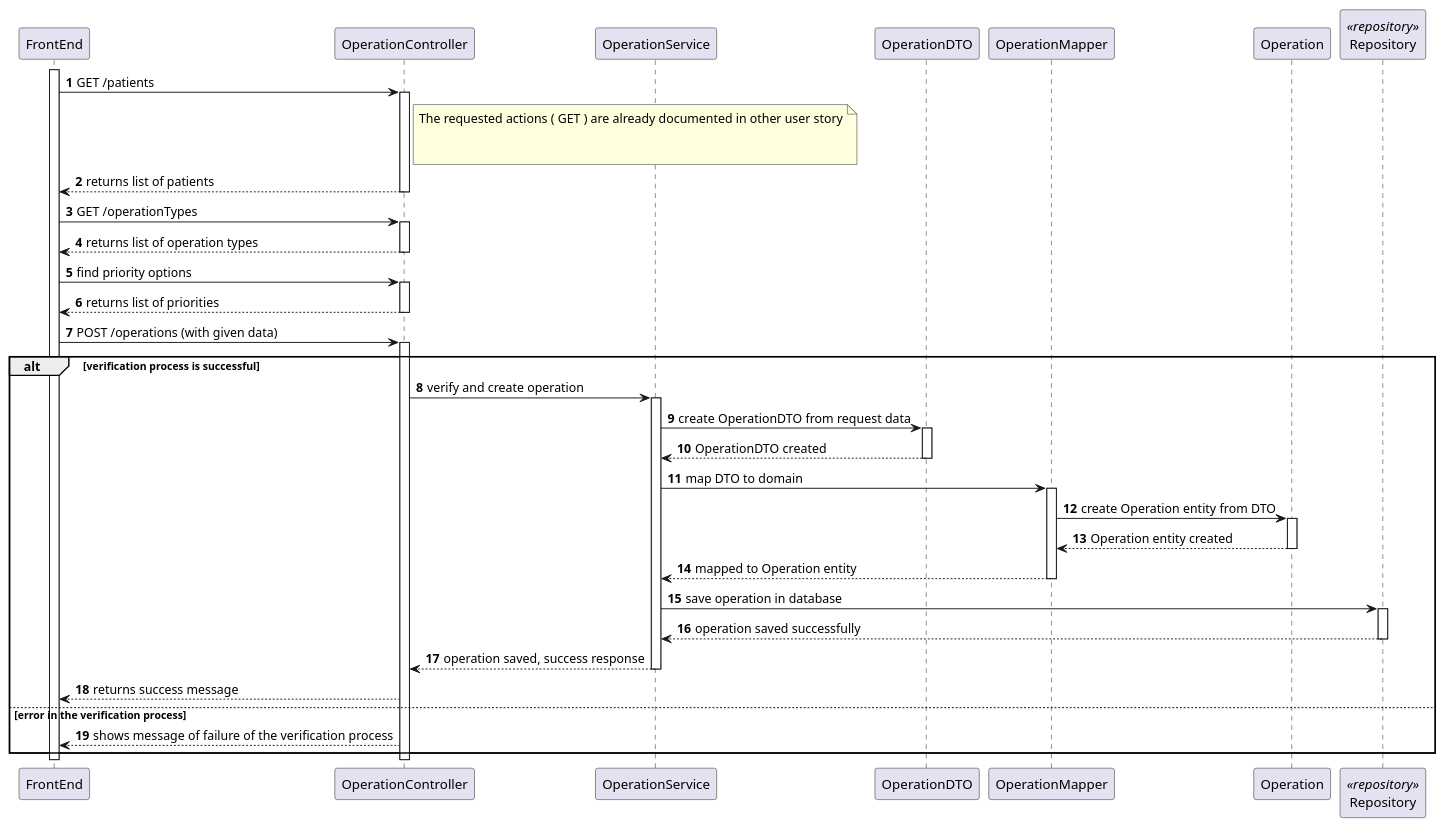
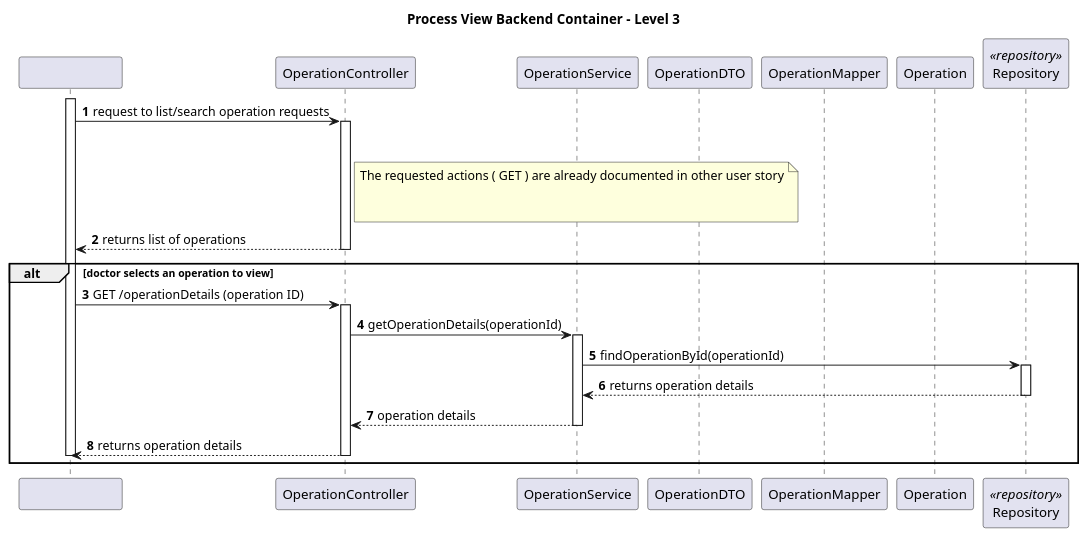
Before and after one commit to Saquinho74/LAPR5: the diagram in Docs/SprintA/US19/level3/process_view.puml, drawn with PlantUML. The commit also changed 2 other files, not shown here.

Commit message:
#19 Process view levels updated Logical changes

```diff
--- a/Docs/SprintA/US19/level3/process_view.puml
+++ b/Docs/SprintA/US19/level3/process_view.puml
@@ -1,82 +1,54 @@
 @startuml
 autonumber
-participant "FrontEnd" as sys
+participant "                          " as sys
 participant "OperationController" as ctrl
 participant "OperationService" as serv
 participant "OperationDTO" as dto
 participant "OperationMapper" as map
 participant "Operation" as operation
 participant "Repository" as repo <<repository>>
 
+title Process View Backend Container - Level 3
+
 activate sys
 
-sys -> ctrl : GET /patients
+sys -> ctrl : request to list/search operation requests
+activate ctrl
+
 note right of ctrl
   The requested actions ( GET ) are already documented in other user story
 
 
 end note
 
-activate ctrl
-ctrl --> sys : returns list of patients
+deactivate repo
+
+deactivate serv
+
+ctrl --> sys : returns list of operations
 deactivate ctrl
 
+alt doctor selects an operation to view
+  sys -> ctrl : GET /operationDetails (operation ID)
+  activate ctrl
 
-sys -> ctrl : GET /operationTypes
-
-
-
-
-
-
-
-
-activate ctrl
-
-
-ctrl --> sys : returns list of operation types
-deactivate ctrl
-
-sys -> ctrl : find priority options
-activate ctrl
-ctrl --> sys : returns list of priorities
-deactivate ctrl
-
-sys -> ctrl : POST /operations (with given data)
-activate ctrl
-
-alt verification process is successful
-  ctrl -> serv : verify and create operation
+  ctrl -> serv : getOperationDetails(operationId)
   activate serv
 
-  serv -> dto : create OperationDTO from request data
-  activate dto
-  dto --> serv : OperationDTO created
-  deactivate dto
+  serv -> repo : findOperationById(operationId)
+  activate repo
 
-  serv -> map : map DTO to domain
-  activate map
-  map -> operation : create Operation entity from DTO
-  activate operation
-  operation --> map : Operation entity created
-  deactivate operation
-  map --> serv : mapped to Operation entity
-  deactivate map
-
-  serv -> repo : save operation in database
-  activate repo
-  repo --> serv : operation saved successfully
+  repo --> serv : returns operation details
   deactivate repo
 
-  serv --> ctrl : operation saved, success response
+  serv --> ctrl : operation details
   deactivate serv
 
-  ctrl --> sys : returns success message
-else error in the verification process
-  ctrl --> sys : shows message of failure of the verification process
+  ctrl --> sys : returns operation details
+  deactivate ctrl
+
+  deactivate ctrl
+  deactivate sys
 end
 
-deactivate ctrl
-deactivate sys
-
 @enduml
```
